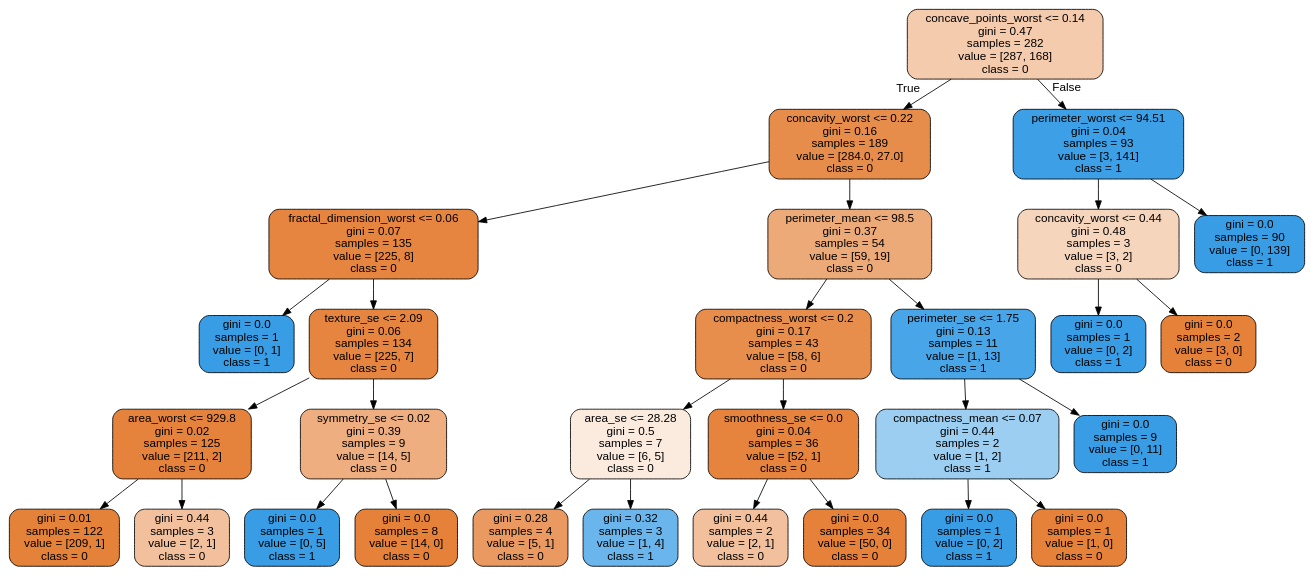
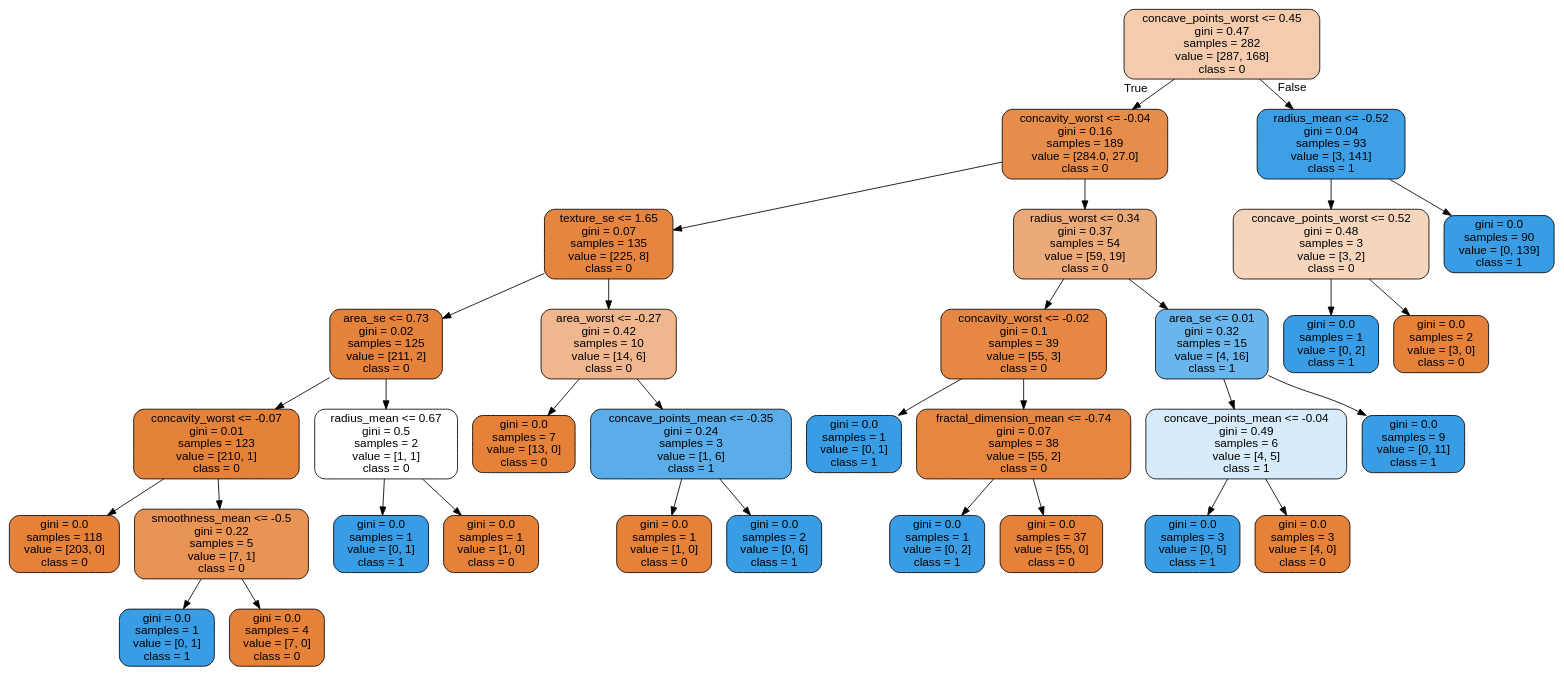
One commit to cyrilvincent/ML changed the diagram in data/breast-cancer/tree.dot. Above: the diagram before and after it, drawn with Graphviz. The commit also changed 4 other files, not shown here.

```diff
--- a/data/breast-cancer/tree.dot
+++ b/data/breast-cancer/tree.dot
@@ -1,61 +1,69 @@
 digraph Tree {
 node [shape=box, style="filled, rounded", color="black", fontname="helvetica"] ;
 edge [fontname="helvetica"] ;
-0 [label="concave_points_worst <= 0.14\ngini = 0.47\nsamples = 282\nvalue = [287, 168]\nclass = 0", fillcolor="#f4cbad"] ;
-1 [label="concavity_worst <= 0.22\ngini = 0.16\nsamples = 189\nvalue = [284.0, 27.0]\nclass = 0", fillcolor="#e78d4c"] ;
+0 [label="concave_points_worst <= 0.45\ngini = 0.47\nsamples = 282\nvalue = [287, 168]\nclass = 0", fillcolor="#f4cbad"] ;
+1 [label="concavity_worst <= -0.04\ngini = 0.16\nsamples = 189\nvalue = [284.0, 27.0]\nclass = 0", fillcolor="#e78d4c"] ;
 0 -> 1 [labeldistance=2.5, labelangle=45, headlabel="True"] ;
-2 [label="fractal_dimension_worst <= 0.06\ngini = 0.07\nsamples = 135\nvalue = [225, 8]\nclass = 0", fillcolor="#e68540"] ;
-1 -> 2 ;
-3 [label="gini = 0.0\nsamples = 1\nvalue = [0, 1]\nclass = 1", fillcolor="#399de5"] ;
-2 -> 3 ;
-4 [label="texture_se <= 2.09\ngini = 0.06\nsamples = 134\nvalue = [225, 7]\nclass = 0", fillcolor="#e6853f"] ;
-2 -> 4 ;
-5 [label="area_worst <= 929.8\ngini = 0.02\nsamples = 125\nvalue = [211, 2]\nclass = 0", fillcolor="#e5823b"] ;
+3 [label="texture_se <= 1.65\ngini = 0.07\nsamples = 135\nvalue = [225, 8]\nclass = 0", fillcolor="#e68540"] ;
+1 -> 3 ;
+9 [label="area_se <= 0.73\ngini = 0.02\nsamples = 125\nvalue = [211, 2]\nclass = 0", fillcolor="#e5823b"] ;
+3 -> 9 ;
+25 [label="concavity_worst <= -0.07\ngini = 0.01\nsamples = 123\nvalue = [210, 1]\nclass = 0", fillcolor="#e5823a"] ;
+9 -> 25 ;
+29 [label="gini = 0.0\nsamples = 118\nvalue = [203, 0]\nclass = 0", fillcolor="#e58139"] ;
+25 -> 29 ;
+30 [label="smoothness_mean <= -0.5\ngini = 0.22\nsamples = 5\nvalue = [7, 1]\nclass = 0", fillcolor="#e99355"] ;
+25 -> 30 ;
+31 [label="gini = 0.0\nsamples = 1\nvalue = [0, 1]\nclass = 1", fillcolor="#399de5"] ;
+30 -> 31 ;
+32 [label="gini = 0.0\nsamples = 4\nvalue = [7, 0]\nclass = 0", fillcolor="#e58139"] ;
+30 -> 32 ;
+26 [label="radius_mean <= 0.67\ngini = 0.5\nsamples = 2\nvalue = [1, 1]\nclass = 0", fillcolor="#ffffff"] ;
+9 -> 26 ;
+27 [label="gini = 0.0\nsamples = 1\nvalue = [0, 1]\nclass = 1", fillcolor="#399de5"] ;
+26 -> 27 ;
+28 [label="gini = 0.0\nsamples = 1\nvalue = [1, 0]\nclass = 0", fillcolor="#e58139"] ;
+26 -> 28 ;
+10 [label="area_worst <= -0.27\ngini = 0.42\nsamples = 10\nvalue = [14, 6]\nclass = 0", fillcolor="#f0b78e"] ;
+3 -> 10 ;
+11 [label="gini = 0.0\nsamples = 7\nvalue = [13, 0]\nclass = 0", fillcolor="#e58139"] ;
+10 -> 11 ;
+12 [label="concave_points_mean <= -0.35\ngini = 0.24\nsamples = 3\nvalue = [1, 6]\nclass = 1", fillcolor="#5aade9"] ;
+10 -> 12 ;
+23 [label="gini = 0.0\nsamples = 1\nvalue = [1, 0]\nclass = 0", fillcolor="#e58139"] ;
+12 -> 23 ;
+24 [label="gini = 0.0\nsamples = 2\nvalue = [0, 6]\nclass = 1", fillcolor="#399de5"] ;
+12 -> 24 ;
+4 [label="radius_worst <= 0.34\ngini = 0.37\nsamples = 54\nvalue = [59, 19]\nclass = 0", fillcolor="#edaa79"] ;
+1 -> 4 ;
+5 [label="concavity_worst <= -0.02\ngini = 0.1\nsamples = 39\nvalue = [55, 3]\nclass = 0", fillcolor="#e68844"] ;
 4 -> 5 ;
-6 [label="gini = 0.01\nsamples = 122\nvalue = [209, 1]\nclass = 0", fillcolor="#e5823a"] ;
-5 -> 6 ;
-7 [label="gini = 0.44\nsamples = 3\nvalue = [2, 1]\nclass = 0", fillcolor="#f2c09c"] ;
-5 -> 7 ;
-8 [label="symmetry_se <= 0.02\ngini = 0.39\nsamples = 9\nvalue = [14, 5]\nclass = 0", fillcolor="#eeae80"] ;
-4 -> 8 ;
-9 [label="gini = 0.0\nsamples = 1\nvalue = [0, 5]\nclass = 1", fillcolor="#399de5"] ;
-8 -> 9 ;
-10 [label="gini = 0.0\nsamples = 8\nvalue = [14, 0]\nclass = 0", fillcolor="#e58139"] ;
-8 -> 10 ;
-11 [label="perimeter_mean <= 98.5\ngini = 0.37\nsamples = 54\nvalue = [59, 19]\nclass = 0", fillcolor="#edaa79"] ;
-1 -> 11 ;
-12 [label="compactness_worst <= 0.2\ngini = 0.17\nsamples = 43\nvalue = [58, 6]\nclass = 0", fillcolor="#e88e4d"] ;
-11 -> 12 ;
-13 [label="area_se <= 28.28\ngini = 0.5\nsamples = 7\nvalue = [6, 5]\nclass = 0", fillcolor="#fbeade"] ;
-12 -> 13 ;
-14 [label="gini = 0.28\nsamples = 4\nvalue = [5, 1]\nclass = 0", fillcolor="#ea9a61"] ;
-13 -> 14 ;
-15 [label="gini = 0.32\nsamples = 3\nvalue = [1, 4]\nclass = 1", fillcolor="#6ab6ec"] ;
-13 -> 15 ;
-16 [label="smoothness_se <= 0.0\ngini = 0.04\nsamples = 36\nvalue = [52, 1]\nclass = 0", fillcolor="#e6833d"] ;
-12 -> 16 ;
-17 [label="gini = 0.44\nsamples = 2\nvalue = [2, 1]\nclass = 0", fillcolor="#f2c09c"] ;
-16 -> 17 ;
-18 [label="gini = 0.0\nsamples = 34\nvalue = [50, 0]\nclass = 0", fillcolor="#e58139"] ;
-16 -> 18 ;
-19 [label="perimeter_se <= 1.75\ngini = 0.13\nsamples = 11\nvalue = [1, 13]\nclass = 1", fillcolor="#48a5e7"] ;
-11 -> 19 ;
-20 [label="compactness_mean <= 0.07\ngini = 0.44\nsamples = 2\nvalue = [1, 2]\nclass = 1", fillcolor="#9ccef2"] ;
-19 -> 20 ;
+19 [label="gini = 0.0\nsamples = 1\nvalue = [0, 1]\nclass = 1", fillcolor="#399de5"] ;
+5 -> 19 ;
+20 [label="fractal_dimension_mean <= -0.74\ngini = 0.07\nsamples = 38\nvalue = [55, 2]\nclass = 0", fillcolor="#e68640"] ;
+5 -> 20 ;
 21 [label="gini = 0.0\nsamples = 1\nvalue = [0, 2]\nclass = 1", fillcolor="#399de5"] ;
 20 -> 21 ;
-22 [label="gini = 0.0\nsamples = 1\nvalue = [1, 0]\nclass = 0", fillcolor="#e58139"] ;
+22 [label="gini = 0.0\nsamples = 37\nvalue = [55, 0]\nclass = 0", fillcolor="#e58139"] ;
 20 -> 22 ;
-23 [label="gini = 0.0\nsamples = 9\nvalue = [0, 11]\nclass = 1", fillcolor="#399de5"] ;
-19 -> 23 ;
-24 [label="perimeter_worst <= 94.51\ngini = 0.04\nsamples = 93\nvalue = [3, 141]\nclass = 1", fillcolor="#3d9fe6"] ;
-0 -> 24 [labeldistance=2.5, labelangle=-45, headlabel="False"] ;
-25 [label="concavity_worst <= 0.44\ngini = 0.48\nsamples = 3\nvalue = [3, 2]\nclass = 0", fillcolor="#f6d5bd"] ;
-24 -> 25 ;
-26 [label="gini = 0.0\nsamples = 1\nvalue = [0, 2]\nclass = 1", fillcolor="#399de5"] ;
-25 -> 26 ;
-27 [label="gini = 0.0\nsamples = 2\nvalue = [3, 0]\nclass = 0", fillcolor="#e58139"] ;
-25 -> 27 ;
-28 [label="gini = 0.0\nsamples = 90\nvalue = [0, 139]\nclass = 1", fillcolor="#399de5"] ;
-24 -> 28 ;
+6 [label="area_se <= 0.01\ngini = 0.32\nsamples = 15\nvalue = [4, 16]\nclass = 1", fillcolor="#6ab6ec"] ;
+4 -> 6 ;
+15 [label="concave_points_mean <= -0.04\ngini = 0.49\nsamples = 6\nvalue = [4, 5]\nclass = 1", fillcolor="#d7ebfa"] ;
+6 -> 15 ;
+17 [label="gini = 0.0\nsamples = 3\nvalue = [0, 5]\nclass = 1", fillcolor="#399de5"] ;
+15 -> 17 ;
+18 [label="gini = 0.0\nsamples = 3\nvalue = [4, 0]\nclass = 0", fillcolor="#e58139"] ;
+15 -> 18 ;
+16 [label="gini = 0.0\nsamples = 9\nvalue = [0, 11]\nclass = 1", fillcolor="#399de5"] ;
+6 -> 16 ;
+2 [label="radius_mean <= -0.52\ngini = 0.04\nsamples = 93\nvalue = [3, 141]\nclass = 1", fillcolor="#3d9fe6"] ;
+0 -> 2 [labeldistance=2.5, labelangle=-45, headlabel="False"] ;
+7 [label="concave_points_worst <= 0.52\ngini = 0.48\nsamples = 3\nvalue = [3, 2]\nclass = 0", fillcolor="#f6d5bd"] ;
+2 -> 7 ;
+13 [label="gini = 0.0\nsamples = 1\nvalue = [0, 2]\nclass = 1", fillcolor="#399de5"] ;
+7 -> 13 ;
+14 [label="gini = 0.0\nsamples = 2\nvalue = [3, 0]\nclass = 0", fillcolor="#e58139"] ;
+7 -> 14 ;
+8 [label="gini = 0.0\nsamples = 90\nvalue = [0, 139]\nclass = 1", fillcolor="#399de5"] ;
+2 -> 8 ;
 }
```
